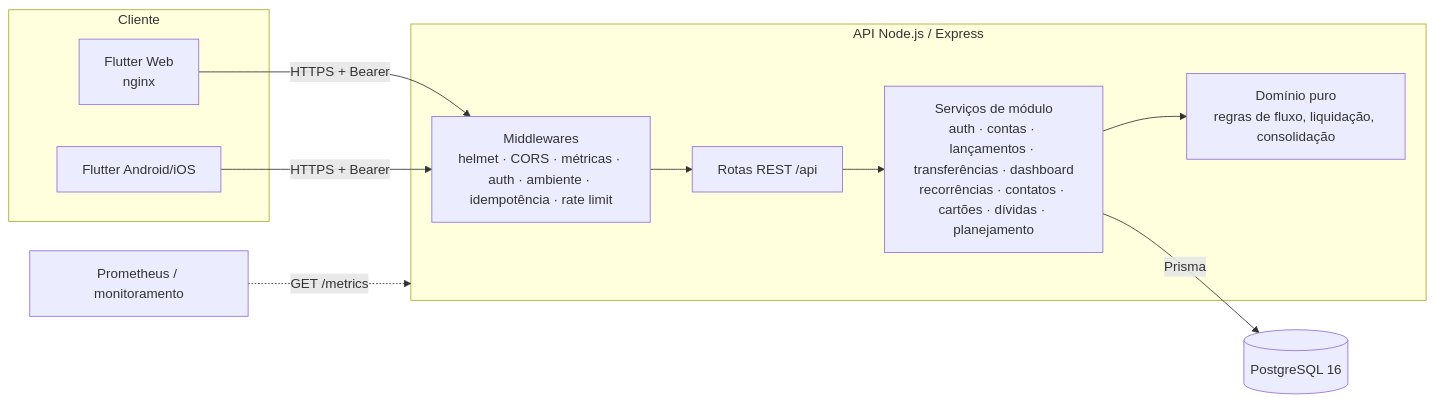
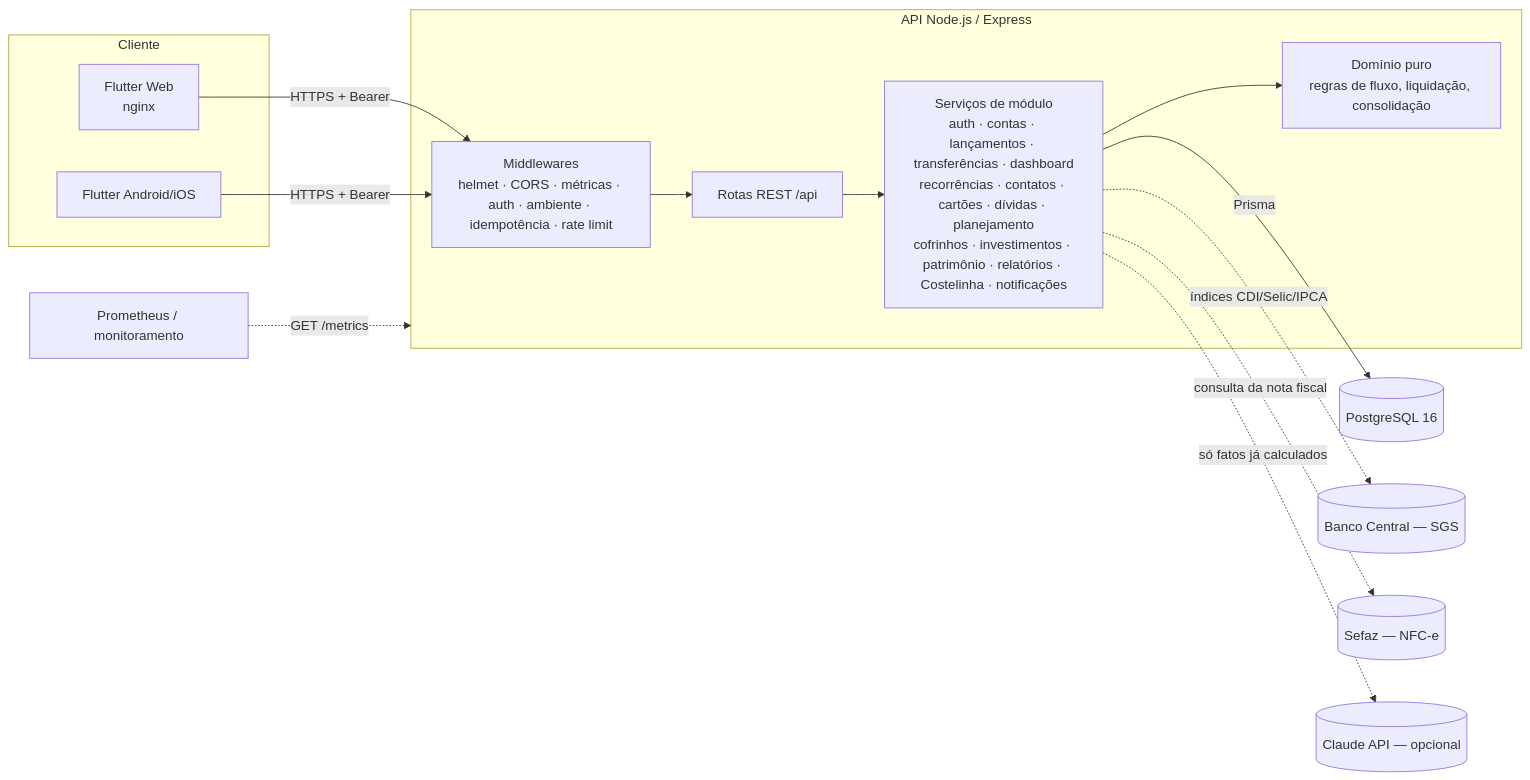
The first of 2 diagrams in docs/ARCHITECTURE.md (Isadora-Correa/Hoink), drawn with Mermaid before and after one commit. The commit also changed other lines of this file and 3 other files, not shown here.

````diff
--- a/docs/ARCHITECTURE.md
+++ b/docs/ARCHITECTURE.md
@@ -5,21 +5,27 @@
 ```mermaid
 flowchart LR
   subgraph Cliente
     W[Flutter Web<br/>nginx]
     M[Flutter Android/iOS]
   end
   subgraph API[API Node.js / Express]
     MW[Middlewares<br/>helmet · CORS · métricas · auth · ambiente · idempotência · rate limit]
     R[Rotas REST /api]
-    S[Serviços de módulo<br/>auth · contas · lançamentos · transferências · dashboard<br/>recorrências · contatos · cartões · dívidas · planejamento]
+    S[Serviços de módulo<br/>auth · contas · lançamentos · transferências · dashboard<br/>recorrências · contatos · cartões · dívidas · planejamento<br/>cofrinhos · investimentos · patrimônio · relatórios · Costelinha · notificações]
     D[Domínio puro<br/>regras de fluxo, liquidação, consolidação]
   end
   DB[(PostgreSQL 16)]
   P[Prometheus / monitoramento]
+  BCB[(Banco Central — SGS)]
+  SEF[(Sefaz — NFC-e)]
+  AI[(Claude API — opcional)]
 
   W -- HTTPS + Bearer --> MW
   M -- HTTPS + Bearer --> MW
   MW --> R --> S --> D
   S -- Prisma --> DB
   P -. GET /metrics .-> API
+  S -. índices CDI/Selic/IPCA .-> BCB
+  S -. consulta da nota fiscal .-> SEF
+  S -. só fatos já calculados .-> AI
 ```
````
